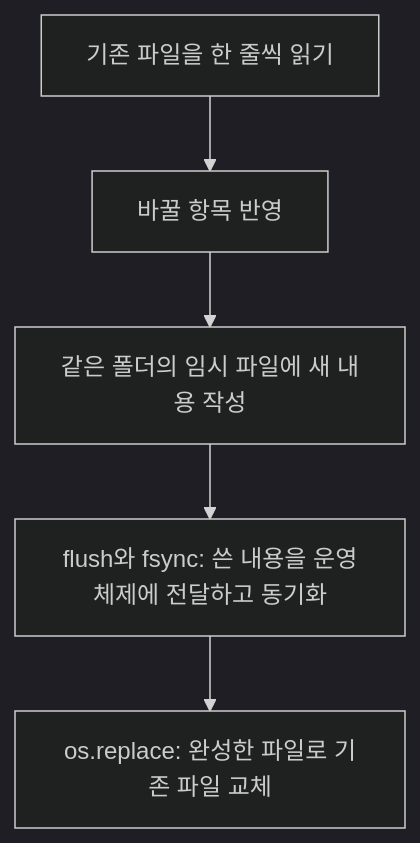
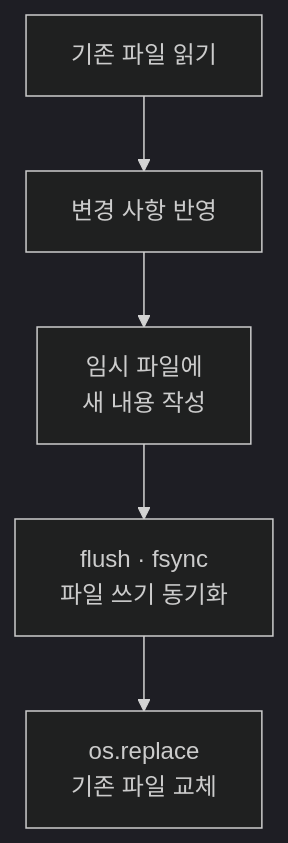
One commit to Cerhovah/Codyssey_Mission_B2-1 changed the ninth of 9 diagrams in README.md. Above: the diagram before and after it, drawn with Mermaid (dark theme). The commit also changed other lines of this file, not shown here.

First line of the commit message:
docs: 구조도 문구와 줄바꿈을 읽기 쉽게 정리

````diff
--- a/README.md
+++ b/README.md
@@ -438,7 +438,7 @@
 ```mermaid
 flowchart TD
-    Read["기존 파일을 한 줄씩 읽기"] --> Edit["바꿀 항목 반영"]
-    Edit --> Temp["같은 폴더의 임시 파일에 새 내용 작성"]
-    Temp --> Sync["flush와 fsync: 쓴 내용을 운영체제에 전달하고 동기화"]
-    Sync --> Replace["os.replace: 완성한 파일로 기존 파일 교체"]
+    Read["기존 파일 읽기"] --> Edit["변경 사항 반영"]
+    Edit --> Temp["임시 파일에<br/>새 내용 작성"]
+    Temp --> Sync["flush · fsync<br/>파일 쓰기 동기화"]
+    Sync --> Replace["os.replace<br/>기존 파일 교체"]
 ```
````
